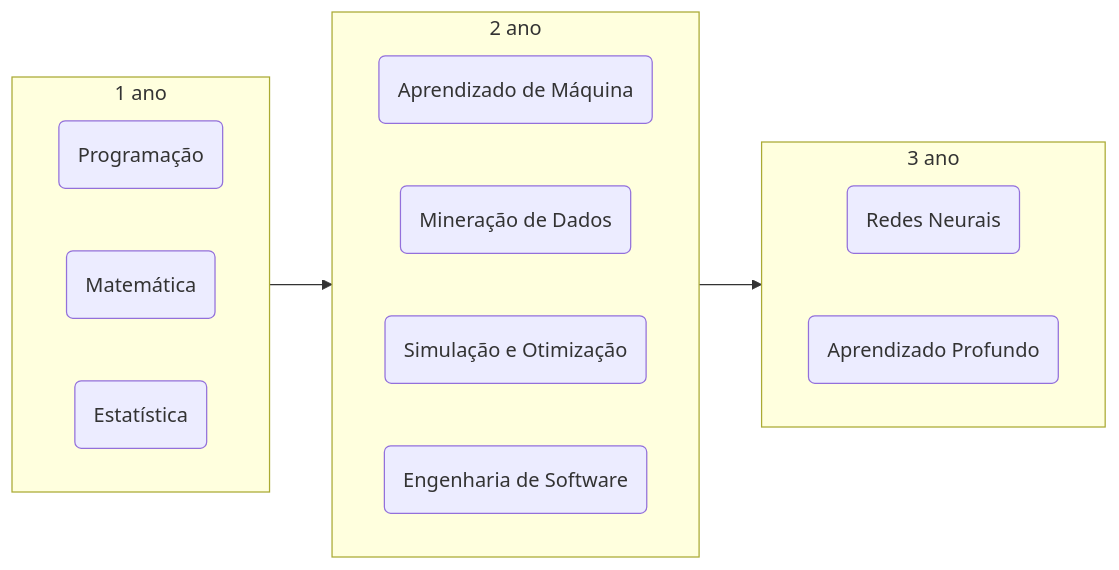
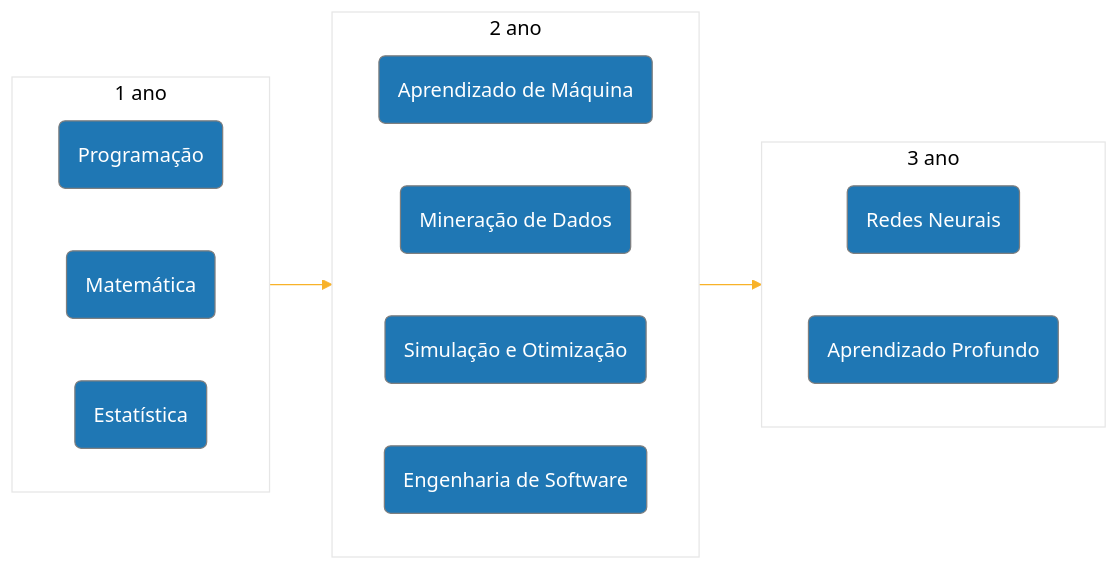
One commit to olucaslopes/PUC changed the diagram in README.md. Above: the diagram before and after it, drawn with Mermaid.

Commit message:
Update README.md
Change mermaid color graph on base theme

````diff
--- a/README.md
+++ b/README.md
@@ -4,23 +4,37 @@
 ```mermaid
+%%{
+  init: {
+    'theme': 'base',
+    'themeVariables': {
+      'primaryColor': '#1f77b4',
+      'primaryTextColor': '#fff',
+      'primaryBorderColor': '#7F7F7F',
+      'lineColor': '#F8B229',
+      'secondaryColor': '#006100',
+      'tertiaryColor': '#fff'
+    }
+  }
+}%%
+
 flowchart LR
     one-->two
     two-->three
     subgraph three["3 ano"]
     direction LR
     c1("Redes Neurais")
     c2("<a href='http://google.com' style='color: inherit;text-decoration: inherit;'>Aprendizado Profundo</a>")
     end
     subgraph two["2 ano"]
     direction LR
     b1("<a href='https://github.com/olucaslopes/PUC/tree/main/Aprendizado%20de%20M%C3%A1quina' style='color: inherit;text-decoration: inherit;'>Aprendizado de Máquina</a>")
     b2("<a href='https://github.com/olucaslopes/PUC/blob/main/Minera%C3%A7%C3%A3o%20de%20Dados' style='color: inherit;text-decoration: inherit;'>Mineração de Dados</a>")
     b3("Simulação e Otimização")
     b4("Engenharia de Software")
     end
     subgraph one["1 ano"]
     direction LR
     a1("Programação")
     a2("Matemática")
     a3("Estatística")
     end
 ```
````
